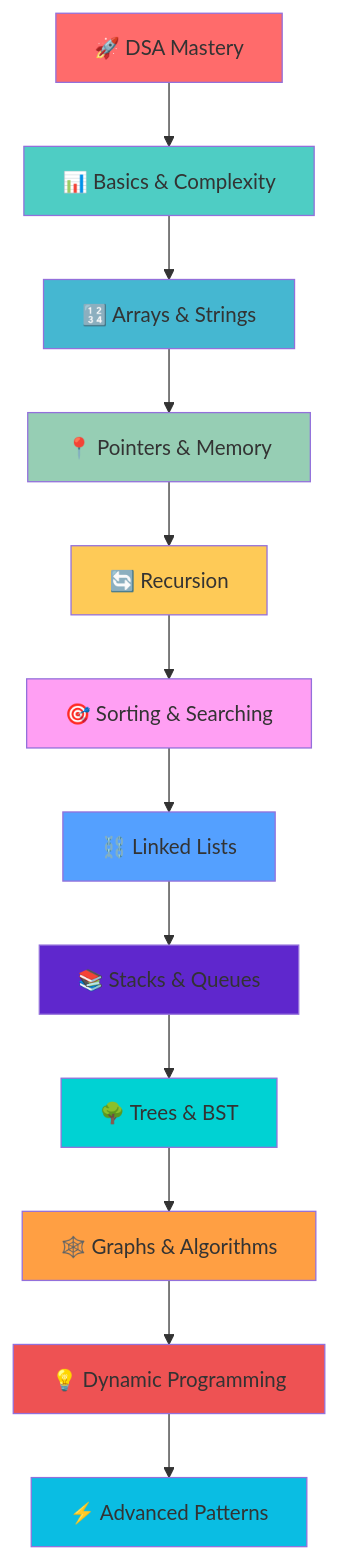
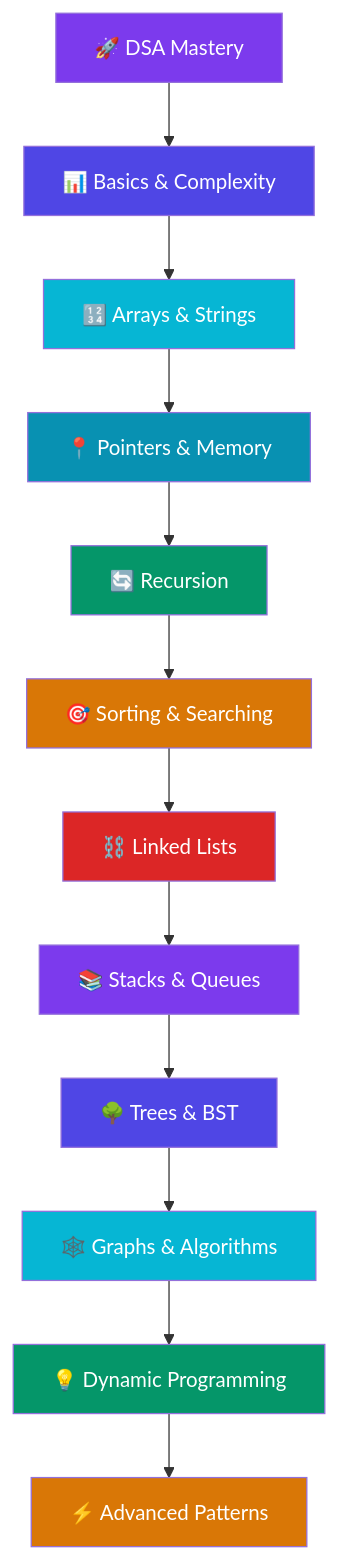
Before and after one commit to Paxto2002/DSA-Study: the diagram in README.md, drawn with Mermaid. The commit also changed other lines of this file, not shown here.

````diff
--- a/README.md
+++ b/README.md
@@ -52,27 +44,27 @@
 ```mermaid
 graph TD
-    A[🚀 DSA Mastery] --> B[📊 Basics & Complexity];
-    B --> C[🔢 Arrays & Strings];
-    C --> D[📍 Pointers & Memory];
-    D --> E[🔄 Recursion];
-    E --> F[🎯 Sorting & Searching];
-    F --> G[⛓️ Linked Lists];
-    G --> H[📚 Stacks & Queues];
-    H --> I[🌳 Trees & BST];
-    I --> J[🕸️ Graphs & Algorithms];
-    J --> K[💡 Dynamic Programming];
-    K --> L[⚡ Advanced Patterns];
-  
-    style A fill:#ff6b6b
-    style B fill:#4ecdc4
-    style C fill:#45b7d1
-    style D fill:#96ceb4
-    style E fill:#feca57
-    style F fill:#ff9ff3
-    style G fill:#54a0ff
-    style H fill:#5f27cd
-    style I fill:#00d2d3
-    style J fill:#ff9f43
-    style K fill:#ee5253
-    style L fill:#0abde3
+    A[🚀 DSA Mastery] --> B[📊 Basics & Complexity]
+    B --> C[🔢 Arrays & Strings]
+    C --> D[📍 Pointers & Memory]
+    D --> E[🔄 Recursion]
+    E --> F[🎯 Sorting & Searching]
+    F --> G[⛓️ Linked Lists]
+    G --> H[📚 Stacks & Queues]
+    H --> I[🌳 Trees & BST]
+    I --> J[🕸️ Graphs & Algorithms]
+    J --> K[💡 Dynamic Programming]
+    K --> L[⚡ Advanced Patterns]
+
+    style A fill:#7C3AED,color:#fff
+    style B fill:#4F46E5,color:#fff
+    style C fill:#06B6D4,color:#fff
+    style D fill:#0891B2,color:#fff
+    style E fill:#059669,color:#fff
+    style F fill:#D97706,color:#fff
+    style G fill:#DC2626,color:#fff
+    style H fill:#7C3AED,color:#fff
+    style I fill:#4F46E5,color:#fff
+    style J fill:#06B6D4,color:#fff
+    style K fill:#059669,color:#fff
+    style L fill:#D97706,color:#fff
 ```
````
